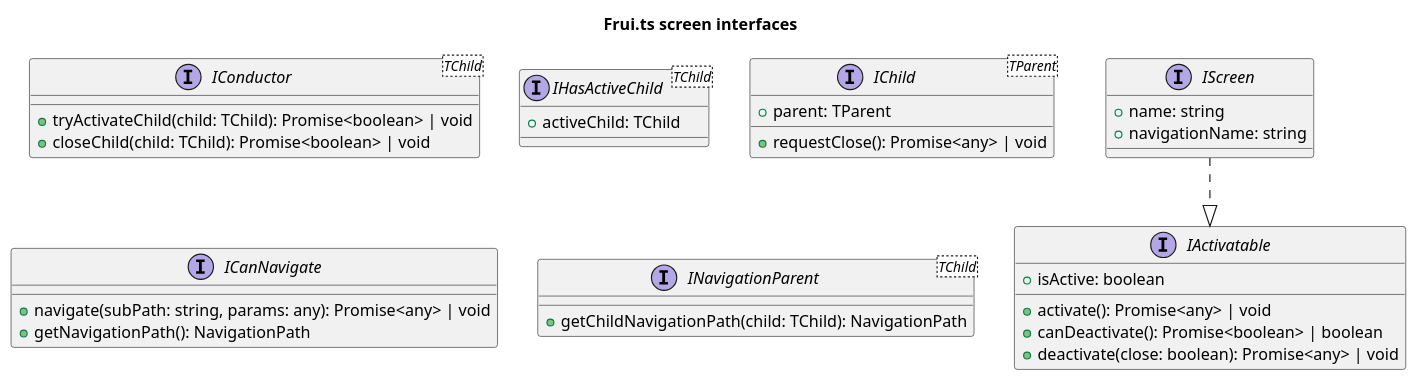
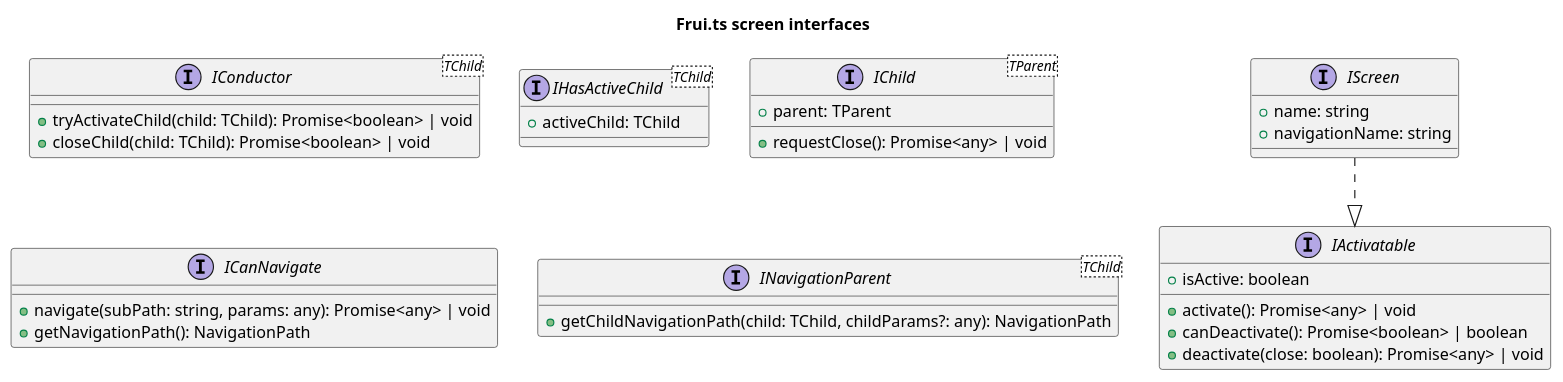
One commit to eManPrague/frui.ts changed the diagram in packages/screens/interfaces.puml. Above: the diagram before and after it, drawn with PlantUML. The commit also changed 11 other files, not shown here.

```diff
--- a/packages/screens/interfaces.puml
+++ b/packages/screens/interfaces.puml
@@ -1,43 +1,43 @@
 @startuml
 
 title Frui.ts screen interfaces
 
 interface IActivatable {
   +isActive: boolean
 
   +activate(): Promise<any> | void
   +canDeactivate(): Promise<boolean> | boolean
   +deactivate(close: boolean): Promise<any> | void
 }
 
 interface IScreen {
   +name: string
   +navigationName: string
 }
 
 IScreen ..|> IActivatable
 
 interface IConductor<TChild> {
   +tryActivateChild(child: TChild): Promise<boolean> | void
   +closeChild(child: TChild): Promise<boolean> | void
 }
 
 interface IHasActiveChild<TChild> {
   +activeChild: TChild
 }
 
 interface IChild<TParent> {
   +parent: TParent
   +requestClose(): Promise<any> | void
 }
 
 interface ICanNavigate {
   +navigate(subPath: string, params: any): Promise<any> | void
   +getNavigationPath(): NavigationPath
 }
 
 interface INavigationParent<TChild> {
-  +getChildNavigationPath(child: TChild): NavigationPath
+  +getChildNavigationPath(child: TChild, childParams?: any): NavigationPath
 }
 
 @enduml
```
